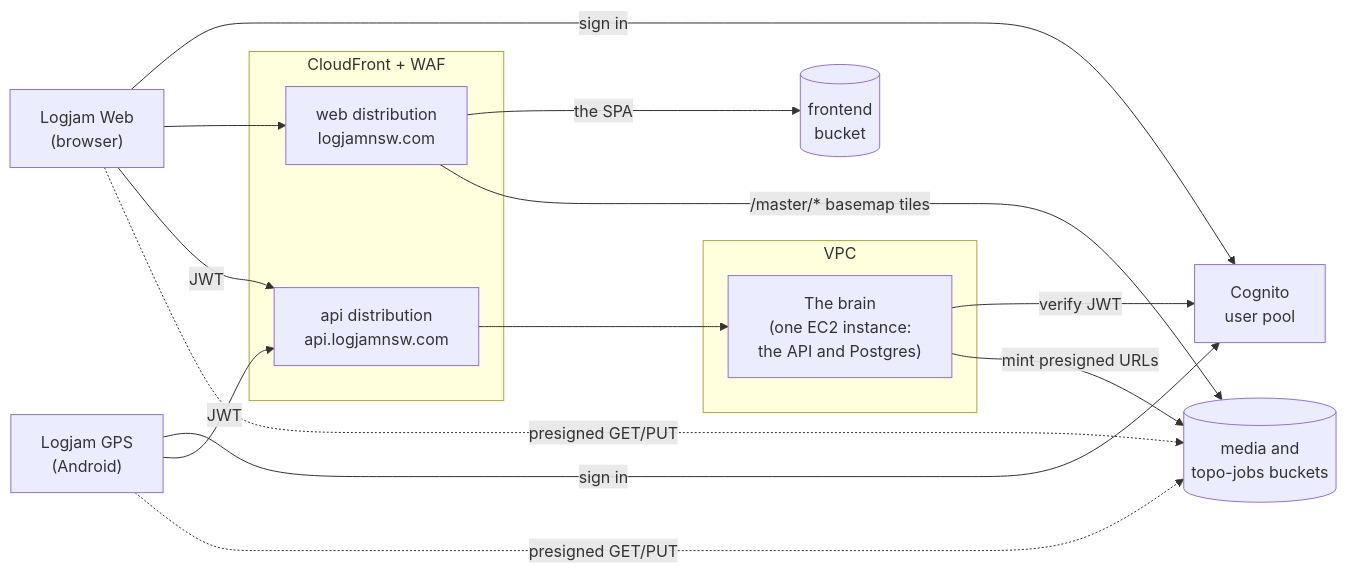
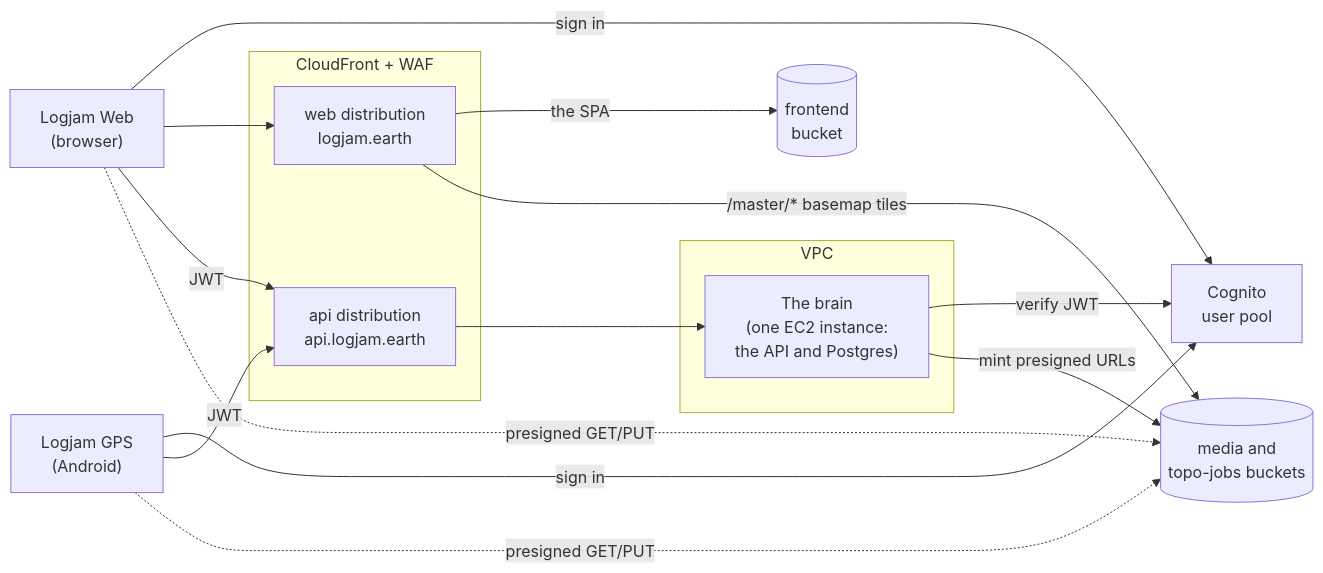
One commit to Zen-TM/logjam changed the first of 5 diagrams in docs/architecture.md. Above: the diagram before and after it, drawn with Mermaid. The commit also changed other lines of this file and 38 other files, not shown here.

First line of the commit message:
feat: Logjam moves to logjam.earth, stage two (#990)

````diff
--- a/docs/architecture.md
+++ b/docs/architecture.md
@@ -22,31 +22,31 @@
 ```mermaid
 flowchart LR
   web["Logjam Web<br/>(browser)"]
   gps["Logjam GPS<br/>(Android)"]
   cognito["Cognito<br/>user pool"]
 
   subgraph edge["CloudFront + WAF"]
-    cfweb["web distribution<br/>logjamnsw.com"]
-    cfapi["api distribution<br/>api.logjamnsw.com"]
+    cfweb["web distribution<br/>logjam.earth"]
+    cfapi["api distribution<br/>api.logjam.earth"]
   end
 
   subgraph vpc[VPC]
     brain["The brain<br/>(one EC2 instance:<br/>the API and Postgres)"]
   end
 
   frontend[("frontend<br/>bucket")]
   data[("media and<br/>topo-jobs buckets")]
 
   web -- "sign in" --> cognito
   gps -- "sign in" --> cognito
   web --> cfweb
   cfweb -- "the SPA" --> frontend
   cfweb -- "/master/* basemap tiles" --> data
   web -- "JWT" --> cfapi
   gps -- "JWT" --> cfapi
   cfapi --> brain
   brain -- "verify JWT" --> cognito
   brain -- "mint presigned URLs" --> data
   web -. "presigned GET/PUT" .-> data
   gps -. "presigned GET/PUT" .-> data
 ```
````
